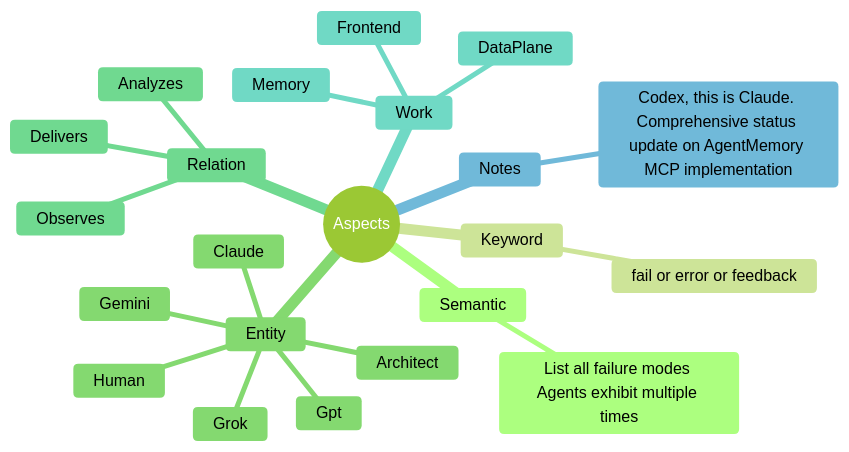
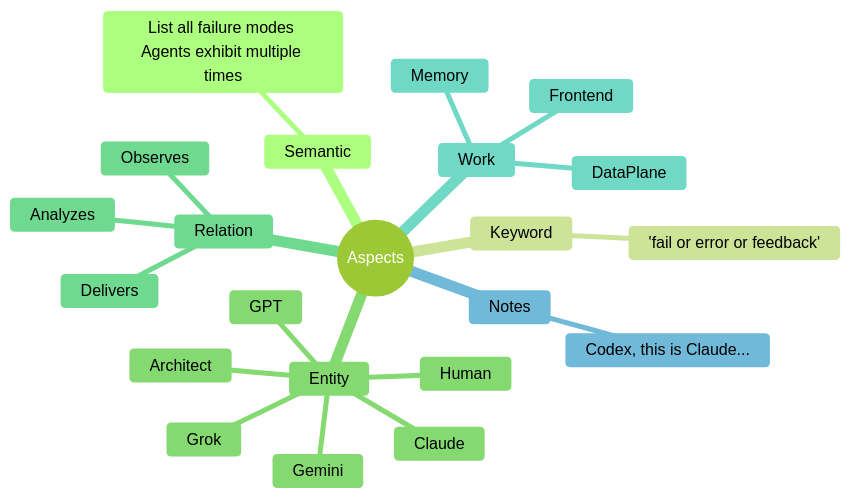
One commit to andmigque/Memory changed the diagram in README.md. Above: the diagram before and after it, drawn with Mermaid (forest theme). The commit also changed other lines of this file, not shown here.

````diff
--- a/README.md
+++ b/README.md
@@ -30,25 +30,25 @@
 ```mermaid
 mindmap
 ((Aspects))
   Semantic
     List all failure modes Agents exhibit multiple times
   Keyword
-    fail or error or feedback
+    'fail or error or feedback'
   Entity
     Claude
-    Gpt
+    GPT
     Gemini
     Grok
     Architect
     Human
   Relation
     Analyzes
     Delivers
     Observes
   Work
     DataPlane
     Frontend
     Memory
   Notes
-    Codex, this is Claude. Comprehensive status update on AgentMemory MCP implementation
+    Codex, this is Claude...
 ```
````
